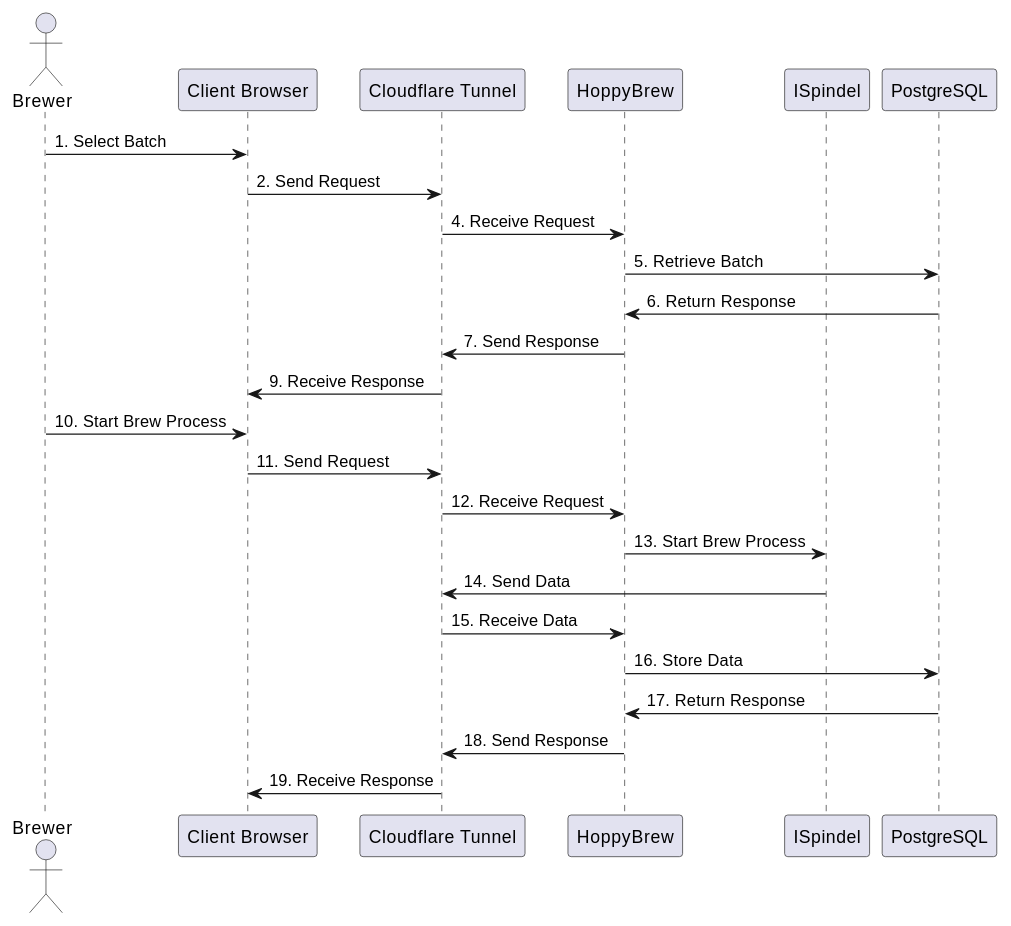
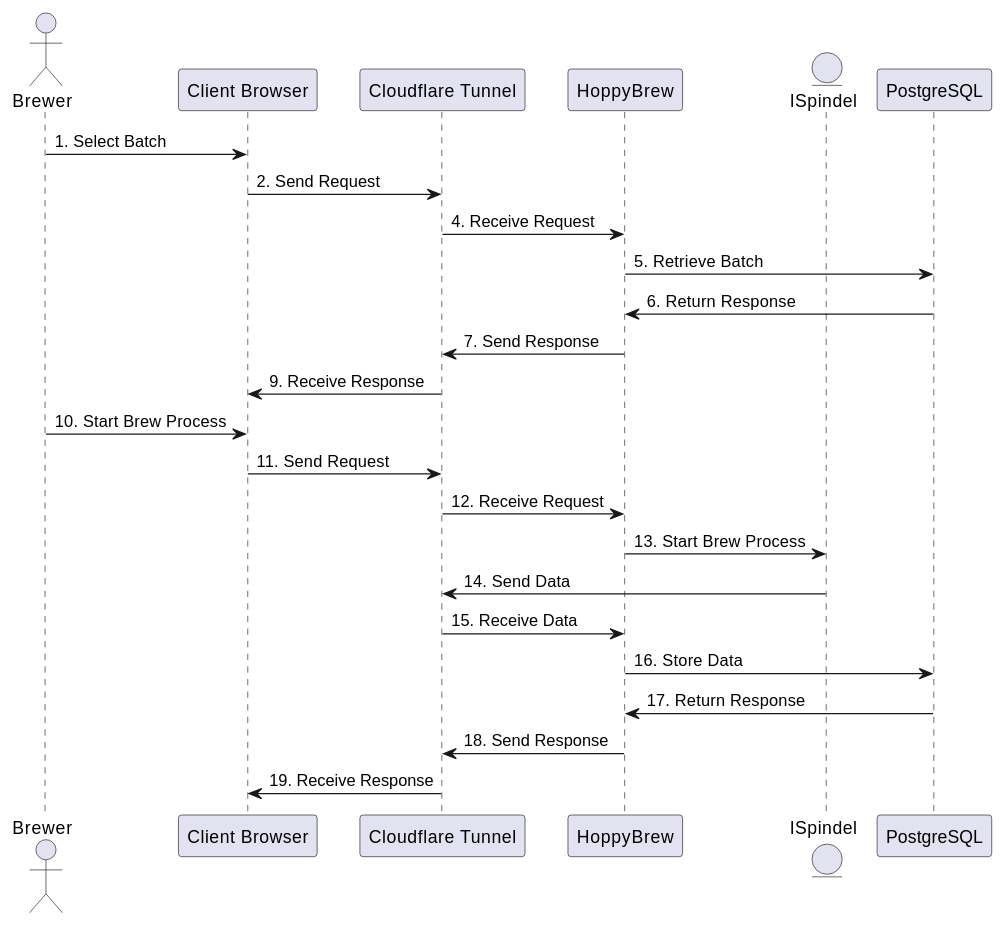
Before and after one commit to asbor/iu-project-software-engineering: the eighth of 8 diagrams in documents/01-Conception-Phase/00-HoppyBrew.md, drawn with PlantUML. The commit also changed other lines of this file and 5 other files, not shown here.

```diff
--- a/documents/01-Conception-Phase/00-HoppyBrew.md
+++ b/documents/01-Conception-Phase/00-HoppyBrew.md
@@ -787,28 +822,28 @@
 @startuml 08-Runtime-View-Start-Brew-Process
 
 actor Brewer as Brewer
 participant "Client Browser" as ClientBrowser
 participant "Cloudflare Tunnel" as CloudflareTunnel
 participant "HoppyBrew" as HoppyBrew
-participant "ISpindel" as ISpindel
+entity "ISpindel" as ISpindel
 
 Brewer -> ClientBrowser : 1. Select Batch
 ClientBrowser -> CloudflareTunnel : 2. Send Request
 CloudflareTunnel -> HoppyBrew : 4. Receive Request
 HoppyBrew -> PostgreSQL : 5. Retrieve Batch
 PostgreSQL -> HoppyBrew : 6. Return Response
 HoppyBrew -> CloudflareTunnel : 7. Send Response
 CloudflareTunnel -> ClientBrowser : 9. Receive Response
 
 Brewer -> ClientBrowser : 10. Start Brew Process
 ClientBrowser -> CloudflareTunnel : 11. Send Request
 CloudflareTunnel -> HoppyBrew : 12. Receive Request
 HoppyBrew -> ISpindel : 13. Start Brew Process
 ISpindel -> CloudflareTunnel : 14. Send Data
 CloudflareTunnel -> HoppyBrew : 15. Receive Data
 HoppyBrew -> PostgreSQL : 16. Store Data
 PostgreSQL -> HoppyBrew : 17. Return Response
 HoppyBrew -> CloudflareTunnel : 18. Send Response
 CloudflareTunnel -> ClientBrowser : 19. Receive Response
 
 @enduml
```
